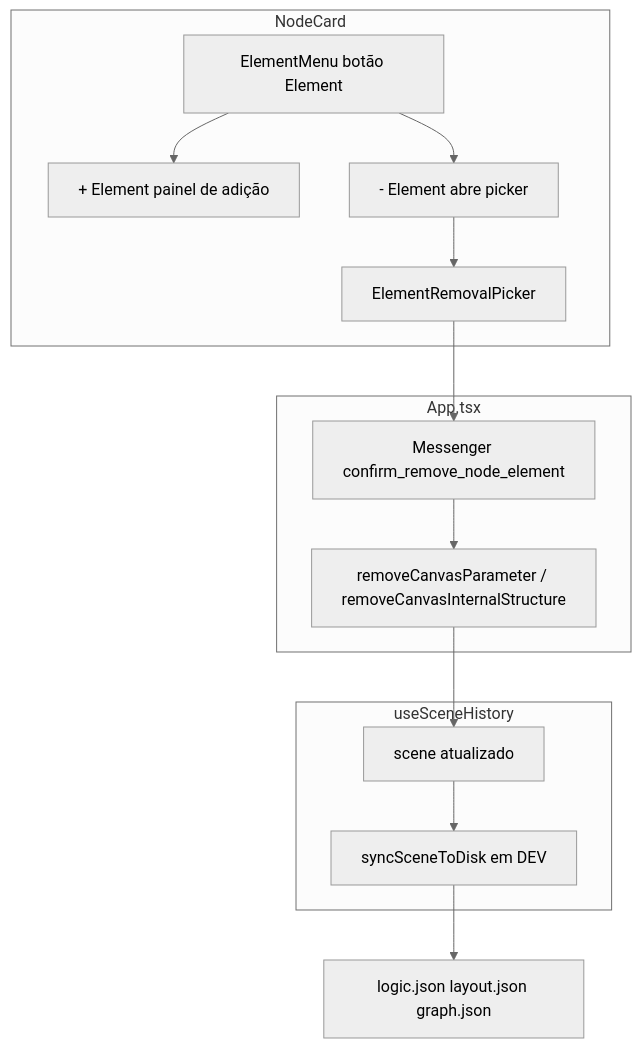
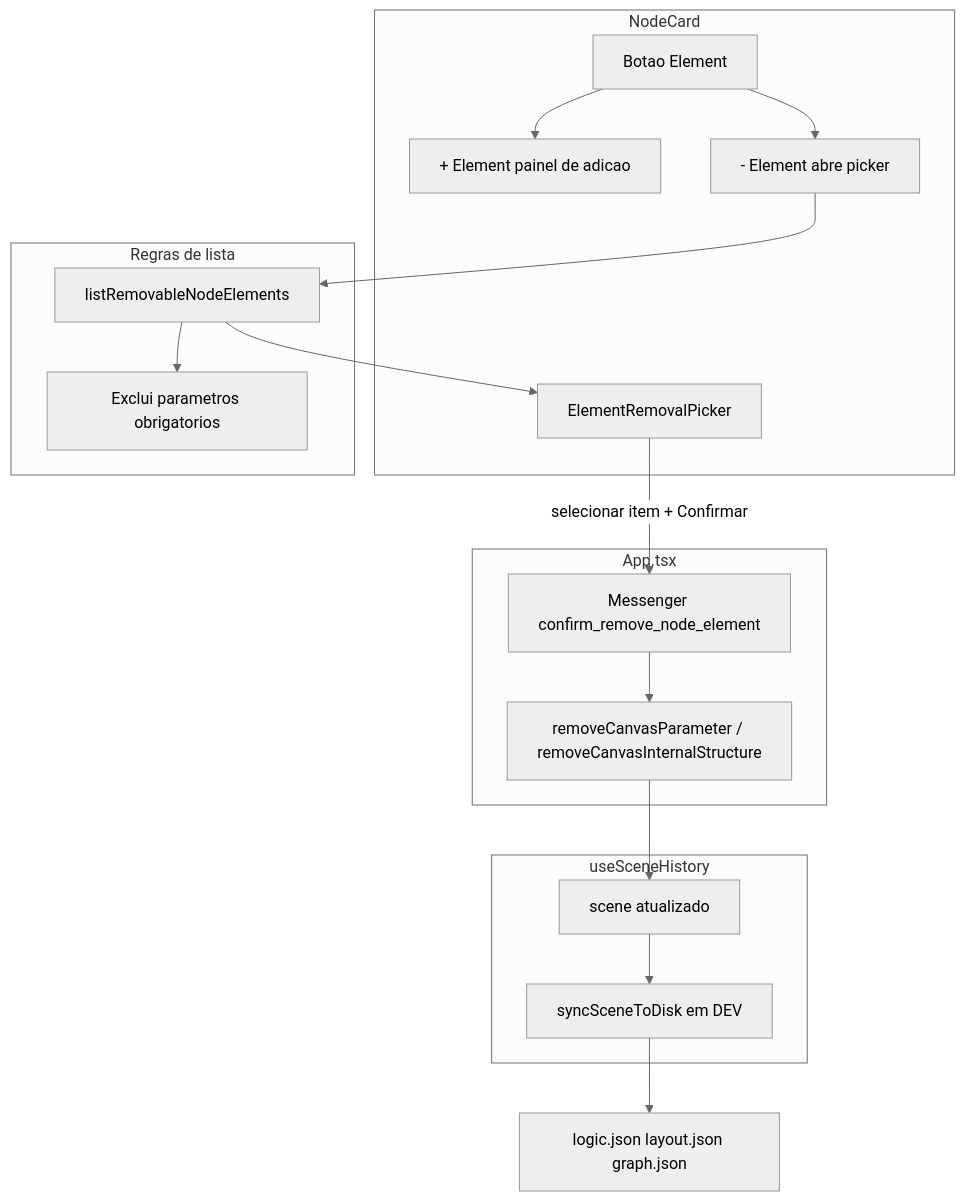
Before and after one commit to JunioCesar96/Node-Graphs-League-of-Legends: the first of 2 diagrams in feature_md/feature/feature-element-menu.md, drawn with Mermaid (neutral theme). The commit also changed other lines of this file and 1 other file, not shown here.

Commit message:
docs: documentacao Element Menu e README espelhado (feature/element-menu)

````diff
--- a/feature_md/feature/feature-element-menu.md
+++ b/feature_md/feature/feature-element-menu.md
@@ -30,25 +30,31 @@
 ```mermaid
 graph TD
   subgraph card [NodeCard]
-    EM[ElementMenu botão Element]
-    Plus["+ Element painel de adição"]
+    EM[Botao Element]
+    Plus["+ Element painel de adicao"]
     Minus["- Element abre picker"]
     ERP[ElementRemovalPicker]
+  end
+  subgraph filtros [Regras de lista]
+    RP[listRemovableNodeElements]
+    REQ[Exclui parametros obrigatorios]
+    RP --> REQ
   end
   subgraph app [App.tsx]
     Confirm[Messenger confirm_remove_node_element]
     Remove[removeCanvasParameter / removeCanvasInternalStructure]
   end
   subgraph hook [useSceneHistory]
     Scene[scene atualizado]
     Sync[syncSceneToDisk em DEV]
   end
   EM --> Plus
   EM --> Minus
-  Minus --> ERP
-  ERP --> Confirm
+  Minus --> RP
+  RP --> ERP
+  ERP -->|selecionar item + Confirmar| Confirm
   Confirm --> Remove
   Remove --> Scene
   Scene --> Sync
   Sync --> Disk[logic.json layout.json graph.json]
 ```
````
